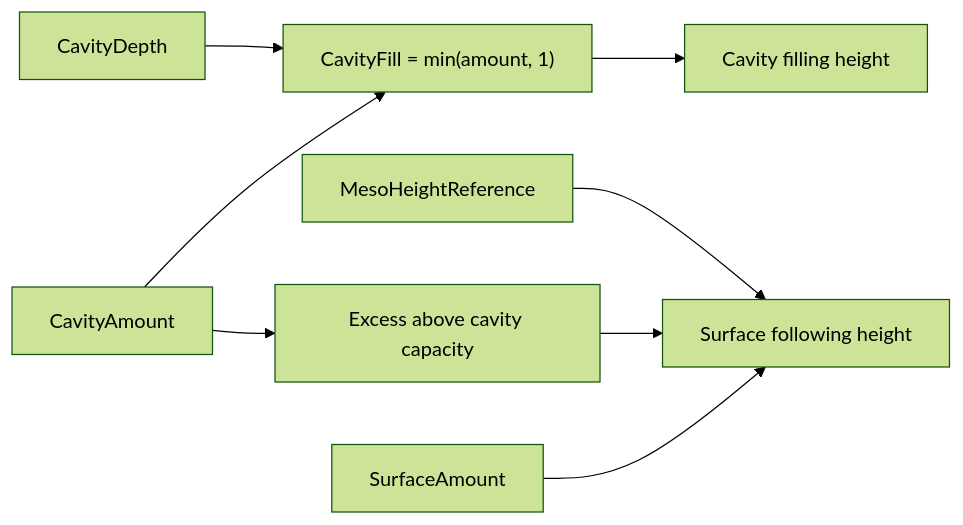
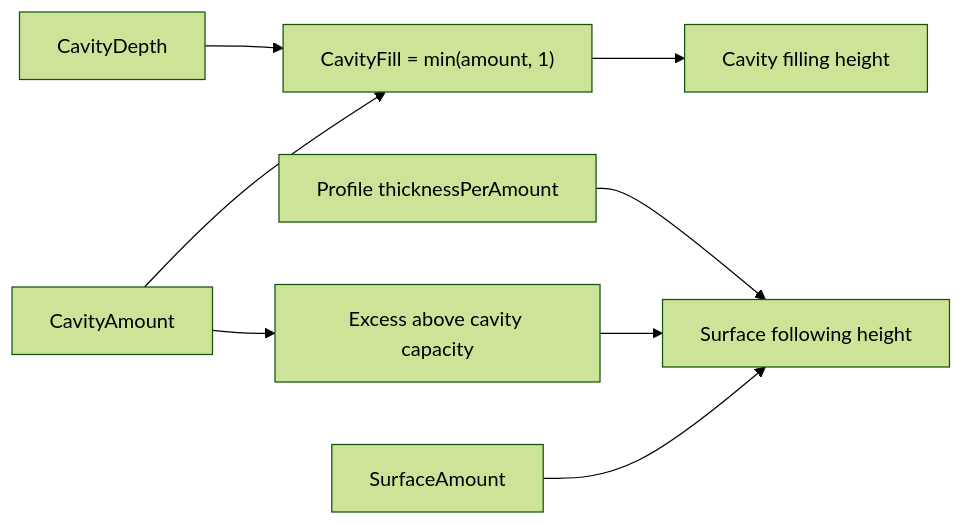
The fifth of 6 diagrams in Docs/MDSSP-Vault/04_Architecture/0004_Surface-Geometry.md (Yonaim/Material-Dependent-Surface-State-Engine), drawn with Mermaid (forest theme) before and after one commit. The commit also changed other lines of this file and 29 other files, not shown here.

````diff
--- a/Docs/MDSSP-Vault/04_Architecture/0004_Surface-Geometry.md
+++ b/Docs/MDSSP-Vault/04_Architecture/0004_Surface-Geometry.md
@@ -281,10 +281,10 @@
 ```mermaid
 flowchart LR
   Cavity["CavityAmount"] --> Fill["CavityFill = min(amount, 1)"]
   Depth["CavityDepth"] --> Fill
   Fill --> CavityHeight["Cavity filling height"]
   Cavity --> Excess["Excess above cavity capacity"]
   Surface["SurfaceAmount"] --> Following["Surface following height"]
   Excess --> Following
-  Reference["MesoHeightReference"] --> Following
+  Thickness["Profile thicknessPerAmount"] --> Following
 ```
````
